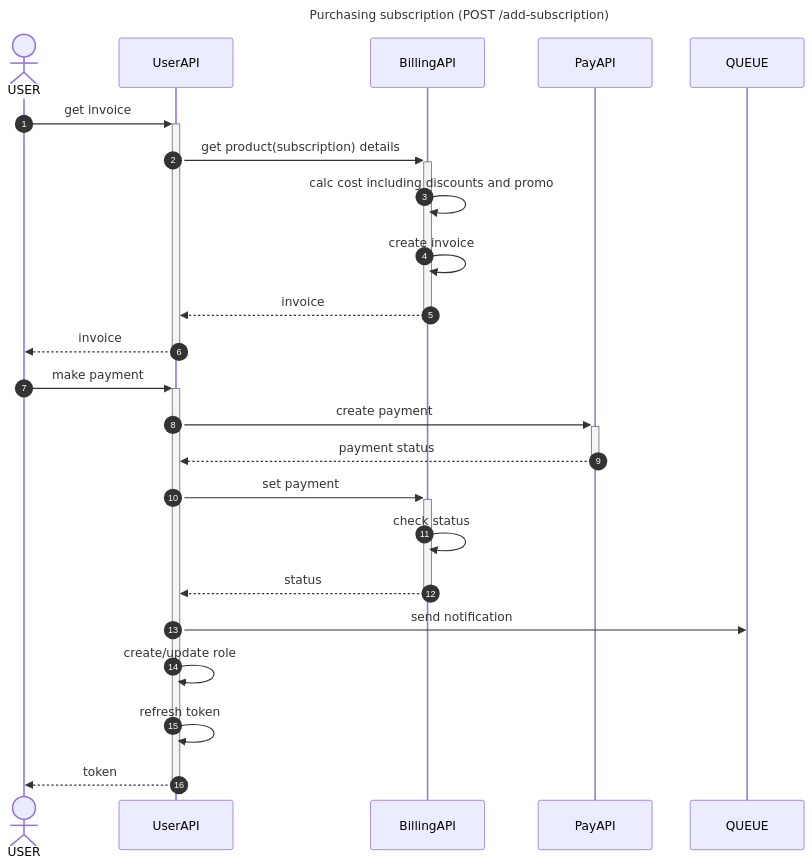
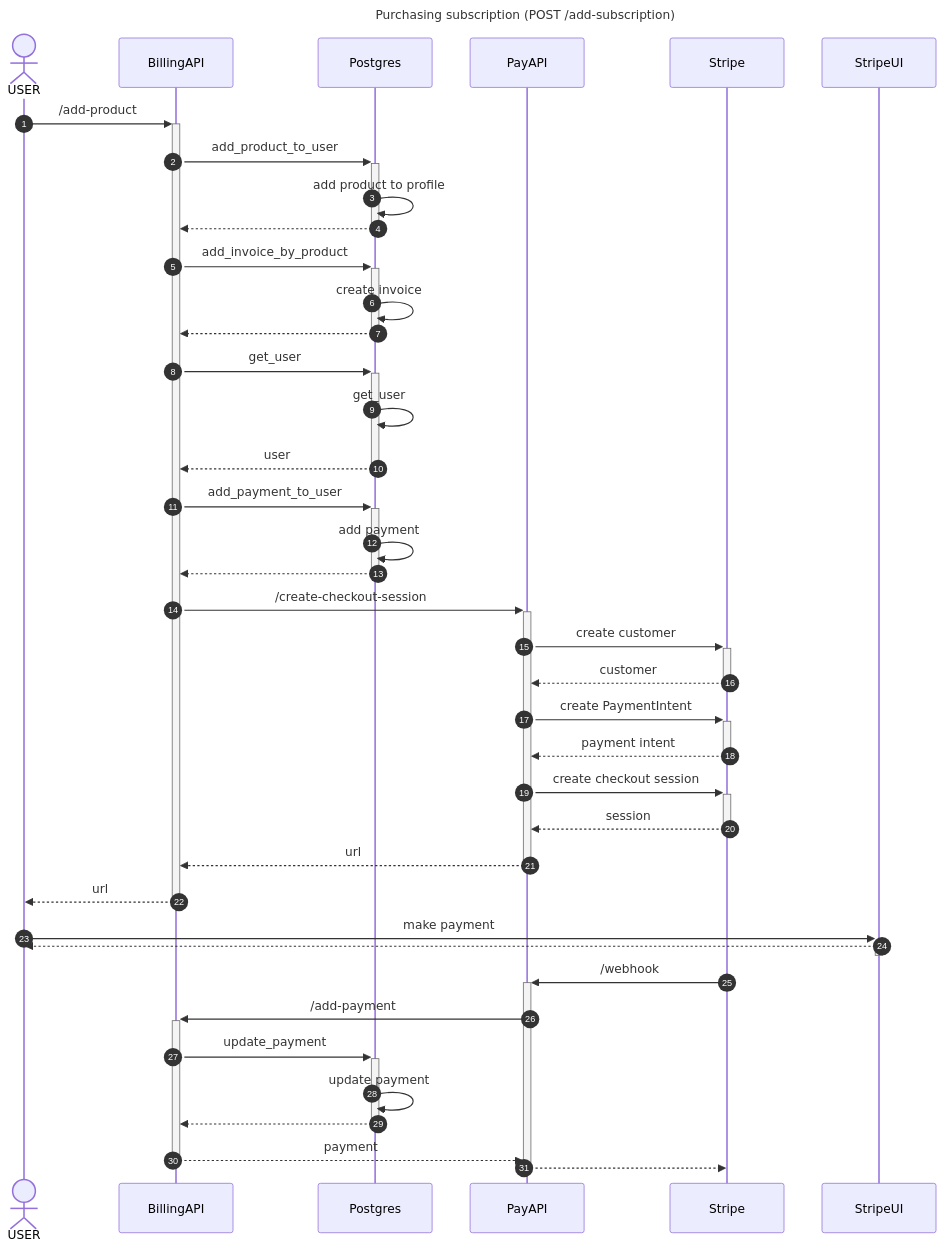
Before and after one commit to fall3nangel/Billing_Stripe: the diagram in architecture/seq-add-subscription.md, drawn with Mermaid.

Commit message:
upd add subscription diagram

````diff
--- a/architecture/seq-add-subscription.md
+++ b/architecture/seq-add-subscription.md
@@ -1,28 +1,44 @@
 ```mermaid
 ---
 title: Purchasing subscription (POST /add-subscription)
 ---
 sequenceDiagram
     autonumber
     actor USER
-    participant UserAPI
     participant BillingAPI
+    participant Postgres
     participant PayAPI
-    participant QUEUE
-    USER->>+UserAPI: get invoice
-    UserAPI->>+BillingAPI: get product(subscription) details
-    BillingAPI->>BillingAPI: calc cost including discounts and promo
-    BillingAPI->>BillingAPI: create invoice
-    BillingAPI-->>-UserAPI: invoice
-    UserAPI-->>-USER: invoice
-    USER->>+UserAPI: make payment
-    UserAPI->>+PayAPI: create payment
-    PayAPI-->>-UserAPI: payment status
-    UserAPI->>+BillingAPI: set payment
-    BillingAPI->>BillingAPI: check status
-    BillingAPI-->>-UserAPI: status
-    UserAPI->>QUEUE: send notification
-    UserAPI->>UserAPI: create/update role
-    UserAPI->>UserAPI: refresh token
-    UserAPI-->>-USER: token
+    participant Stripe
+    participant StripeUI
+    USER->>+BillingAPI: /add-product
+    BillingAPI->>+Postgres: add_product_to_user
+    Postgres->>Postgres: add product to profile
+    Postgres-->>-BillingAPI: 
+    BillingAPI->>+Postgres: add_invoice_by_product
+    Postgres->>Postgres: create invoice
+    Postgres-->>-BillingAPI: 
+    BillingAPI->>+Postgres: get_user
+    Postgres->>Postgres: get_user
+    Postgres-->>-BillingAPI: user 
+    BillingAPI->>+Postgres: add_payment_to_user
+    Postgres->>Postgres: add payment
+    Postgres-->>-BillingAPI: 
+    BillingAPI->>+PayAPI: /create-checkout-session
+    PayAPI->>+Stripe: create customer
+    Stripe-->>-PayAPI: customer
+    PayAPI->>+Stripe: create PaymentIntent
+    Stripe-->>-PayAPI: payment intent
+    PayAPI->>+Stripe: create checkout session
+    Stripe-->>-PayAPI: session
+    PayAPI-->>-BillingAPI: url
+    BillingAPI-->>-USER: url
+    USER->>+StripeUI: make payment
+    StripeUI-->>-USER: 
+    Stripe->>+PayAPI: /webhook
+    PayAPI->>+BillingAPI: /add-payment
+    BillingAPI->>+Postgres: update_payment
+    Postgres->>Postgres: update payment
+    Postgres-->>-BillingAPI: 
+    BillingAPI-->>-PayAPI: payment
+    PayAPI-->>-Stripe: 
 ```
````
